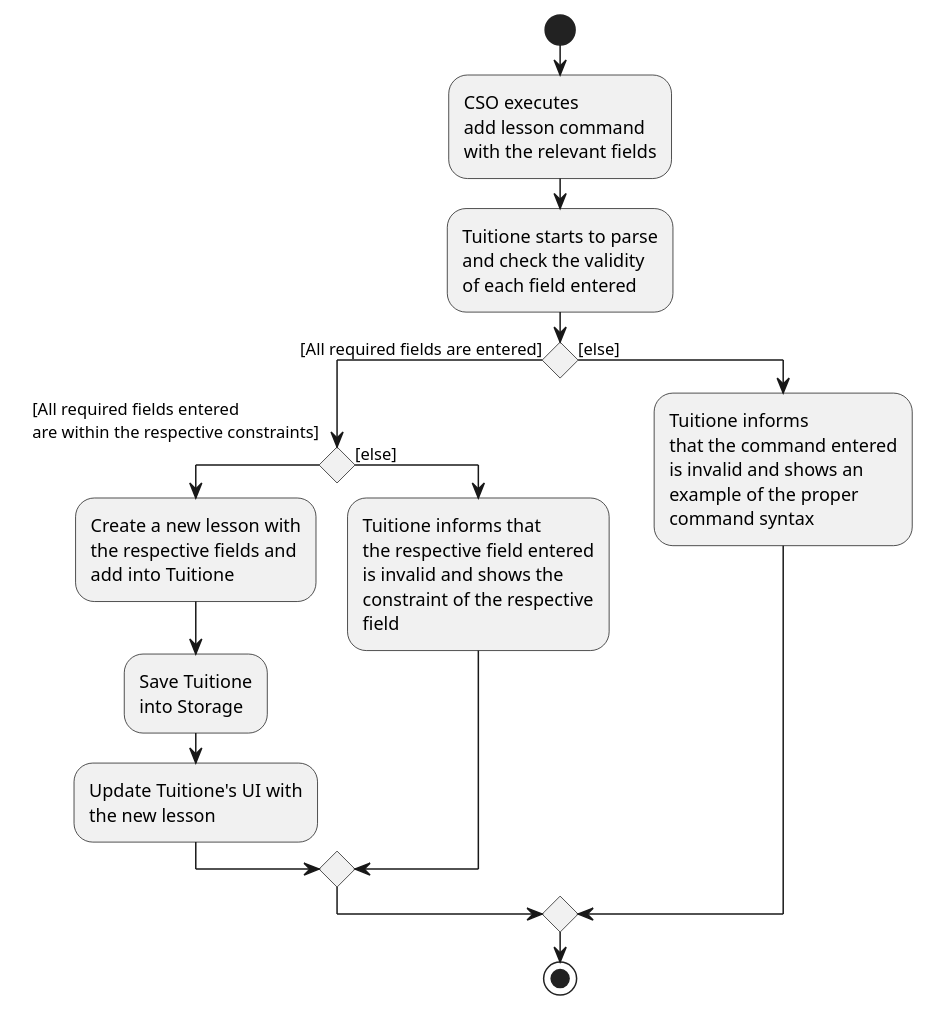
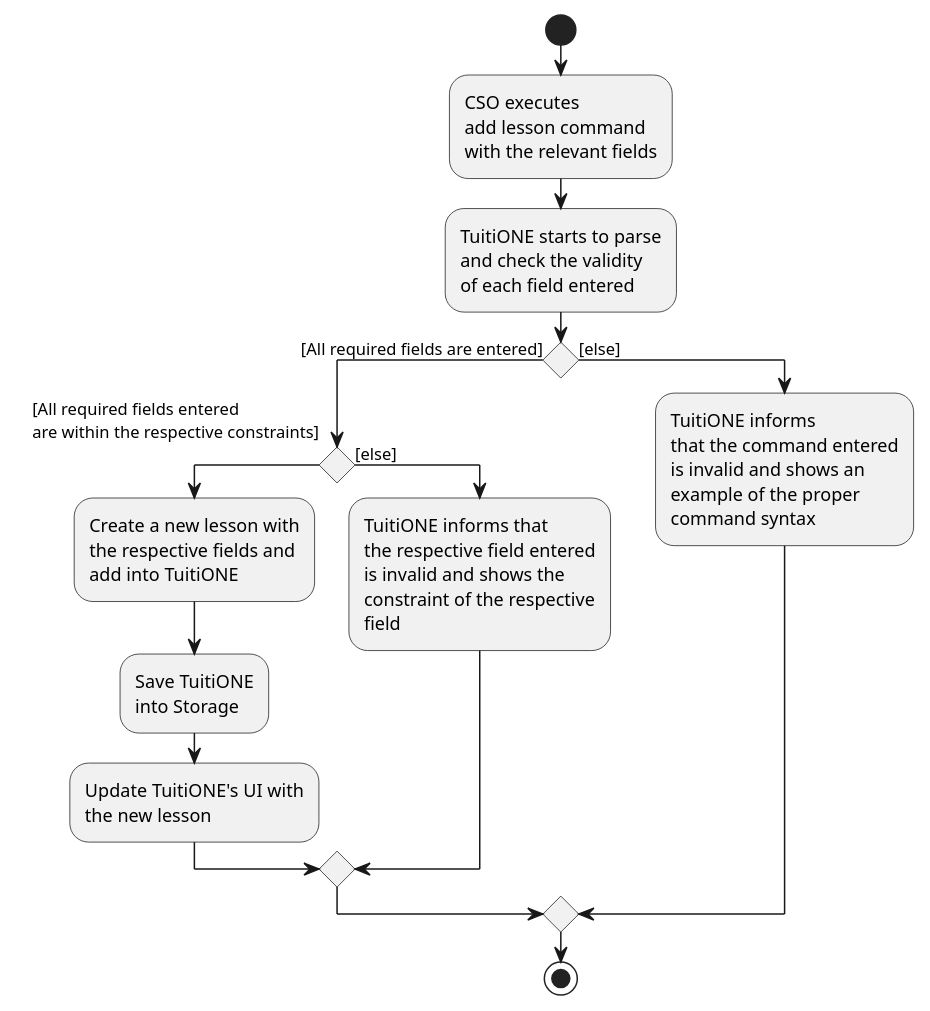
The diagram in docs/diagrams/AddLessonActivityDiagram.puml (nus-cs2103-AY2122S1/tp), drawn with PlantUML before and after one commit. The commit also changed 30 other files, not shown here.

Commit message:
Standardize the word choice "TuitiONE"

```diff
--- a/docs/diagrams/AddLessonActivityDiagram.puml
+++ b/docs/diagrams/AddLessonActivityDiagram.puml
@@ -1,51 +1,51 @@
 @startuml
 start
 :CSO executes
 add lesson command
 with the relevant fields;
 
-:Tuitione starts to parse
+:TuitiONE starts to parse
 and check the validity
 of each field entered ;
 
 if () then ([All required fields are entered])
 
     if() then (
     [All required fields entered
     are within the respective constraints]
     )
 
     :Create a new lesson with
     the respective fields and
-    add into Tuitione;
+    add into TuitiONE;
 
-    :Save Tuitione
+    :Save TuitiONE
     into Storage;
 
-    :Update Tuitione's UI with
+    :Update TuitiONE's UI with
     the new lesson;
 
 
     else ([else])
 
-    :Tuitione informs that
+    :TuitiONE informs that
     the respective field entered
     is invalid and shows the
     constraint of the respective
     field;
 
     endif
 
     else ([else])
 
-    :Tuitione informs
+    :TuitiONE informs
     that the command entered
     is invalid and shows an
     example of the proper
     command syntax;
 
 
 endif
 
 stop
 @enduml
```
